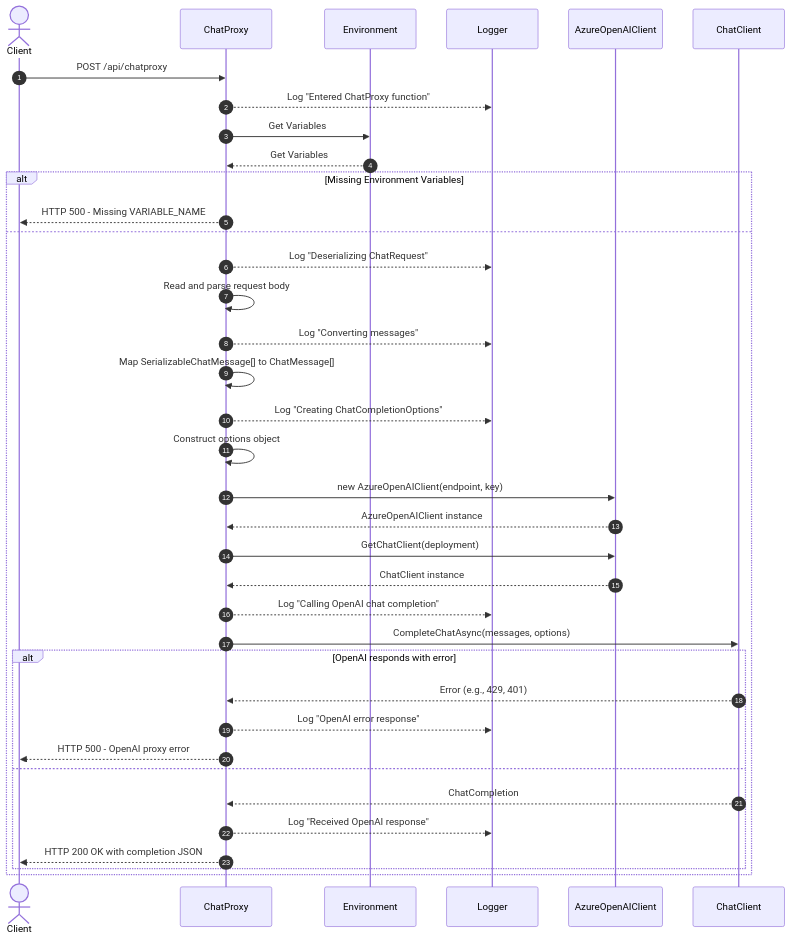
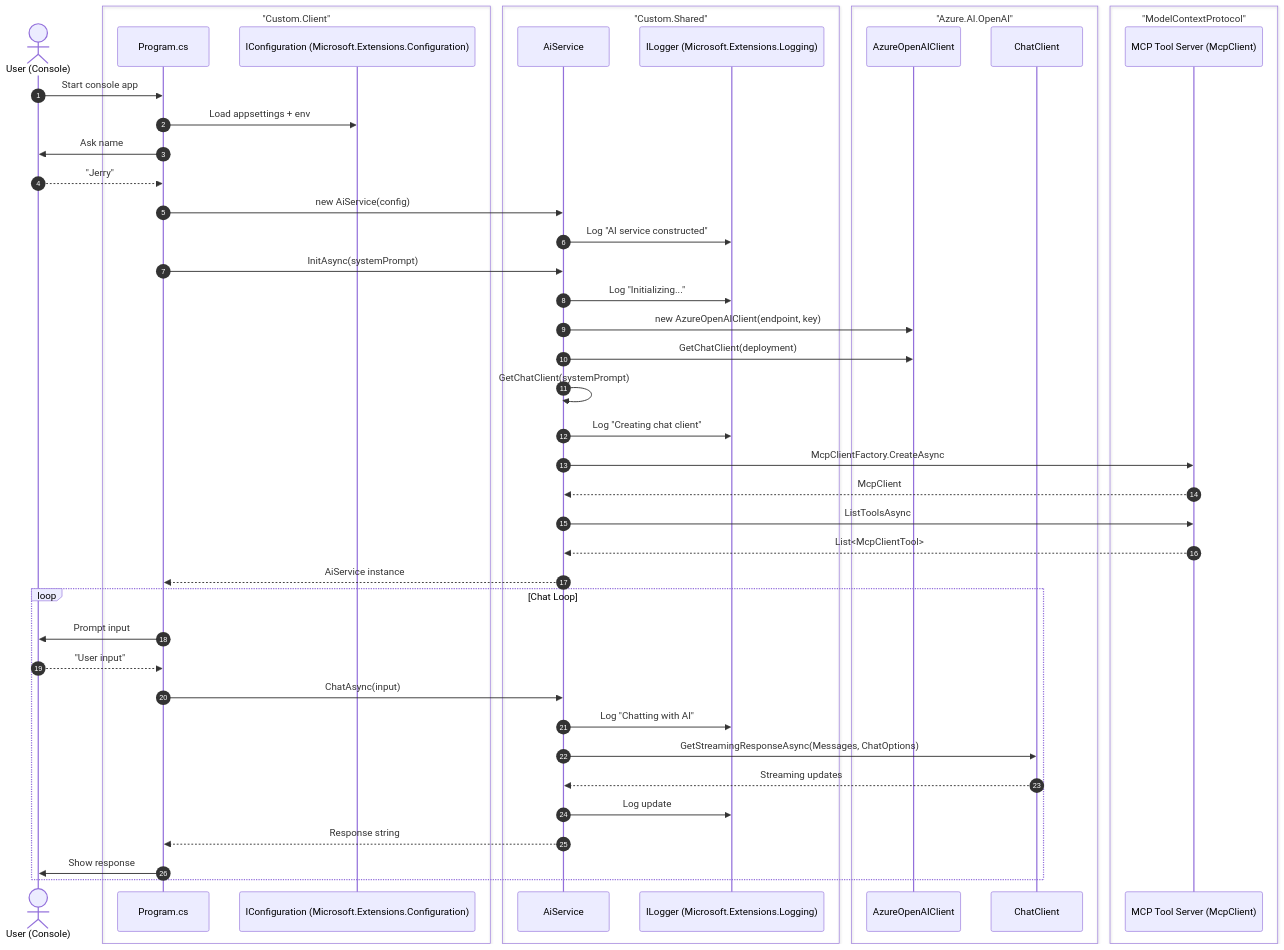
The diagram in README.md (JerryNixon/BUILD-DEMO-DAB-MCP-SQL), drawn with Mermaid before and after one commit. The commit also changed other lines of this file, not shown here.

````diff
--- a/README.md
+++ b/README.md
@@ -5,47 +5,57 @@
 ```mermaid
 sequenceDiagram
     autonumber
-    actor C as Client
-    participant F as ChatProxy
-    participant E as Environment
-    participant L as Logger
-    participant O as AzureOpenAIClient
-    participant Chat as ChatClient
+    actor U as User (Console)
+    
+    box "Custom.Client"
+        participant Main as Program.cs
+        participant Cfg as IConfiguration (Microsoft.Extensions.Configuration)
+    end
 
-    C->>F: POST /api/chatproxy
-    F-->>L: Log "Entered ChatProxy function"
+    box "Custom.Shared"
+        participant AI as AiService
+        participant Logger as ILogger (Microsoft.Extensions.Logging)
+    end
 
-    F->>E: Get Variables
-    E-->>F: Get Variables
+    box "Azure.AI.OpenAI"
+        participant O as AzureOpenAIClient
+        participant Chat as ChatClient
+    end
 
-    alt Missing Environment Variables
-        F-->>C: HTTP 500 - Missing VARIABLE_NAME
-    else
-        F-->>L: Log "Deserializing ChatRequest"
-        F->>F: Read and parse request body
+    box "ModelContextProtocol"
+        participant Tools as MCP Tool Server (McpClient)
+    end
 
-        F-->>L: Log "Converting messages"
-        F->>F: Map SerializableChatMessage[] to ChatMessage[]
+    U->>Main: Start console app
+    Main->>Cfg: Load appsettings + env
+    Main->>U: Ask name
+    U-->>Main: "Jerry"
 
-        F-->>L: Log "Creating ChatCompletionOptions"
-        F->>F: Construct options object
+    Main->>AI: new AiService(config)
+    AI->>Logger: Log "AI service constructed"
 
-        F->>O: new AzureOpenAIClient(endpoint, key)
-        O-->>F: AzureOpenAIClient instance
-        F->>O: GetChatClient(deployment)
-        O-->>F: ChatClient instance
+    Main->>AI: InitAsync(systemPrompt)
+    AI->>Logger: Log "Initializing..."
+    AI->>O: new AzureOpenAIClient(endpoint, key)
+    AI->>O: GetChatClient(deployment)
+    AI->>AI: GetChatClient(systemPrompt)
+    AI->>Logger: Log "Creating chat client"
+    AI->>Tools: McpClientFactory.CreateAsync
+    Tools-->>AI: McpClient
+    AI->>Tools: ListToolsAsync
+    Tools-->>AI: List<McpClientTool>
+    AI-->>Main: AiService instance
 
-        F-->>L: Log "Calling OpenAI chat completion"
-        F->>Chat: CompleteChatAsync(messages, options)
+    loop Chat Loop
+        Main->>U: Prompt input
+        U-->>Main: "User input"
+        Main->>AI: ChatAsync(input)
+        AI->>Logger: Log "Chatting with AI"
+        AI->>Chat: GetStreamingResponseAsync(Messages, ChatOptions)
+        Chat-->>AI: Streaming updates
+        AI->>Logger: Log update
+        AI-->>Main: Response string
+        Main->>U: Show response
+    end
 
-        alt OpenAI responds with error
-            Chat-->>F: Error (e.g., 429, 401)
-            F-->>L: Log "OpenAI error response"
-            F-->>C: HTTP 500 - OpenAI proxy error
-        else
-            Chat-->>F: ChatCompletion
-            F-->>L: Log "Received OpenAI response"
-            F-->>C: HTTP 200 OK with completion JSON
-        end
-    end
 ```
````
